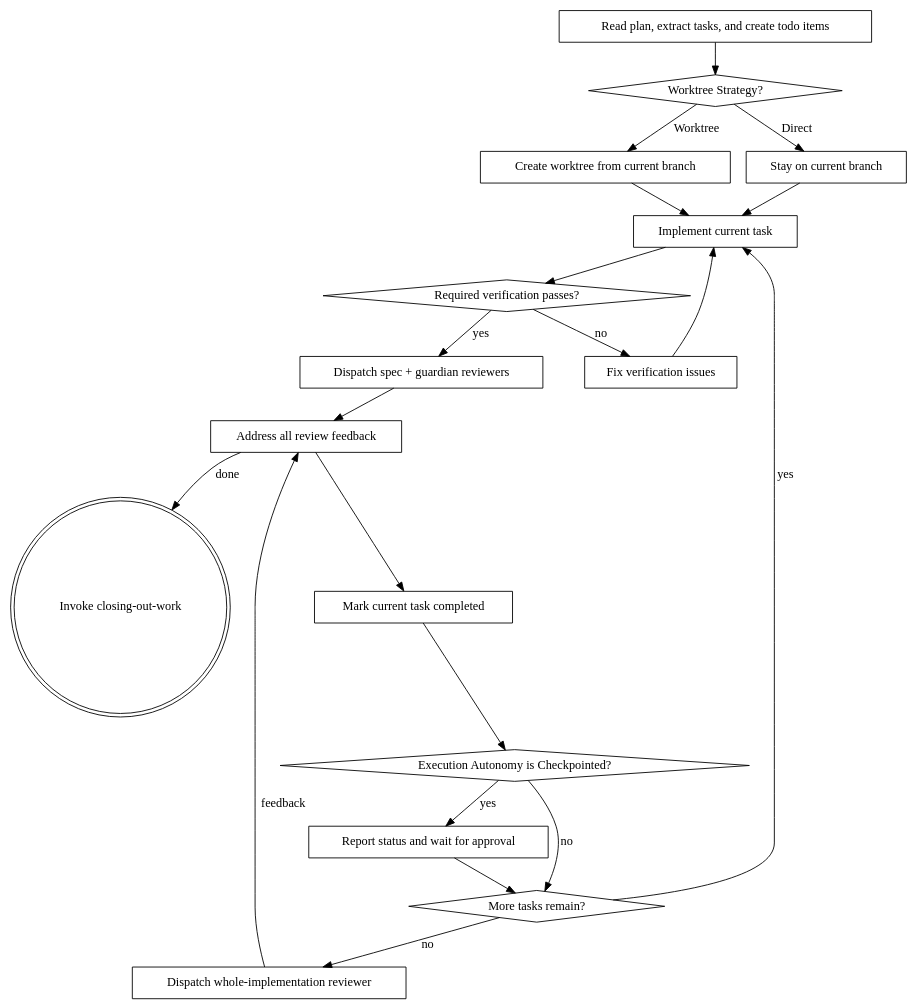
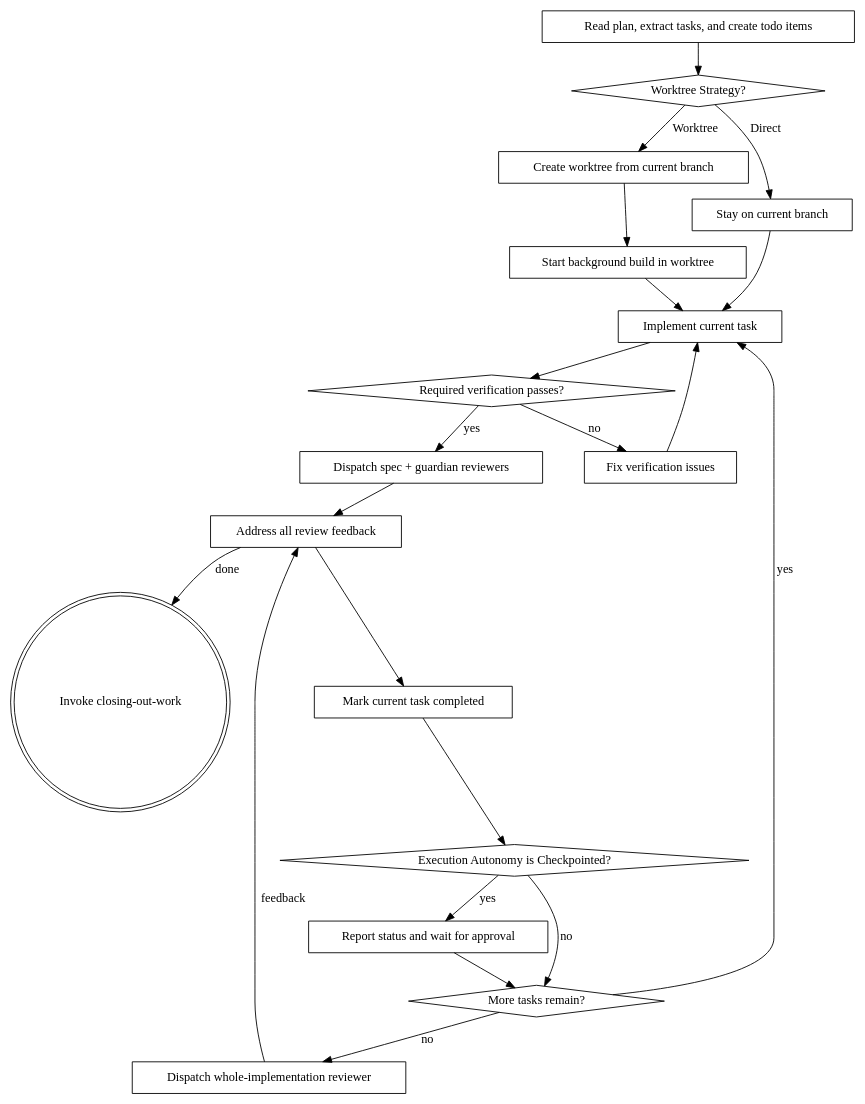
Before and after one commit to clashmar/know-how: the diagram in extension/skills/executing-plans/SKILL.md, drawn with Graphviz. The commit also changed other lines of this file and 1 other file, not shown here.

Commit message:
feat(skills): start background build immediately after worktree creation

````diff
--- a/extension/skills/executing-plans/SKILL.md
+++ b/extension/skills/executing-plans/SKILL.md
@@ -34,39 +34,41 @@
 ```dot
  digraph execution {
      "Read plan, extract tasks, and create todo items" [shape=box];
      "Worktree Strategy?" [shape=diamond];
      "Create worktree from current branch" [shape=box];
      "Stay on current branch" [shape=box];
+     "Start background build in worktree" [shape=box];
      "Implement current task" [shape=box];
      "Required verification passes?" [shape=diamond];
      "Fix verification issues" [shape=box];
      "Dispatch spec + guardian reviewers" [shape=box];
      "Address all review feedback" [shape=box];
      "Mark current task completed" [shape=box];
      "Execution Autonomy is Checkpointed?" [shape=diamond];
      "Report status and wait for approval" [shape=box];
      "More tasks remain?" [shape=diamond];
      "Dispatch whole-implementation reviewer" [shape=box];
      "Invoke closing-out-work" [shape=doublecircle];
 
      "Read plan, extract tasks, and create todo items" -> "Worktree Strategy?";
      "Worktree Strategy?" -> "Create worktree from current branch" [label="Worktree"];
      "Worktree Strategy?" -> "Stay on current branch" [label="Direct"];
-     "Create worktree from current branch" -> "Implement current task";
+     "Create worktree from current branch" -> "Start background build in worktree";
+     "Start background build in worktree" -> "Implement current task";
      "Stay on current branch" -> "Implement current task";
      "Implement current task" -> "Required verification passes?";
      "Required verification passes?" -> "Fix verification issues" [label="no"];
      "Fix verification issues" -> "Implement current task";
      "Required verification passes?" -> "Dispatch spec + guardian reviewers" [label="yes"];
      "Dispatch spec + guardian reviewers" -> "Address all review feedback";
      "Address all review feedback" -> "Mark current task completed";
      "Mark current task completed" -> "Execution Autonomy is Checkpointed?";
      "Execution Autonomy is Checkpointed?" -> "Report status and wait for approval" [label="yes"];
      "Execution Autonomy is Checkpointed?" -> "More tasks remain?" [label="no"];
      "Report status and wait for approval" -> "More tasks remain?";
      "More tasks remain?" -> "Implement current task" [label="yes"];
      "More tasks remain?" -> "Dispatch whole-implementation reviewer" [label="no"];
      "Dispatch whole-implementation reviewer" -> "Address all review feedback" [label="feedback"];
      "Address all review feedback" -> "Invoke closing-out-work" [label="done"];
  }
 ```
````
